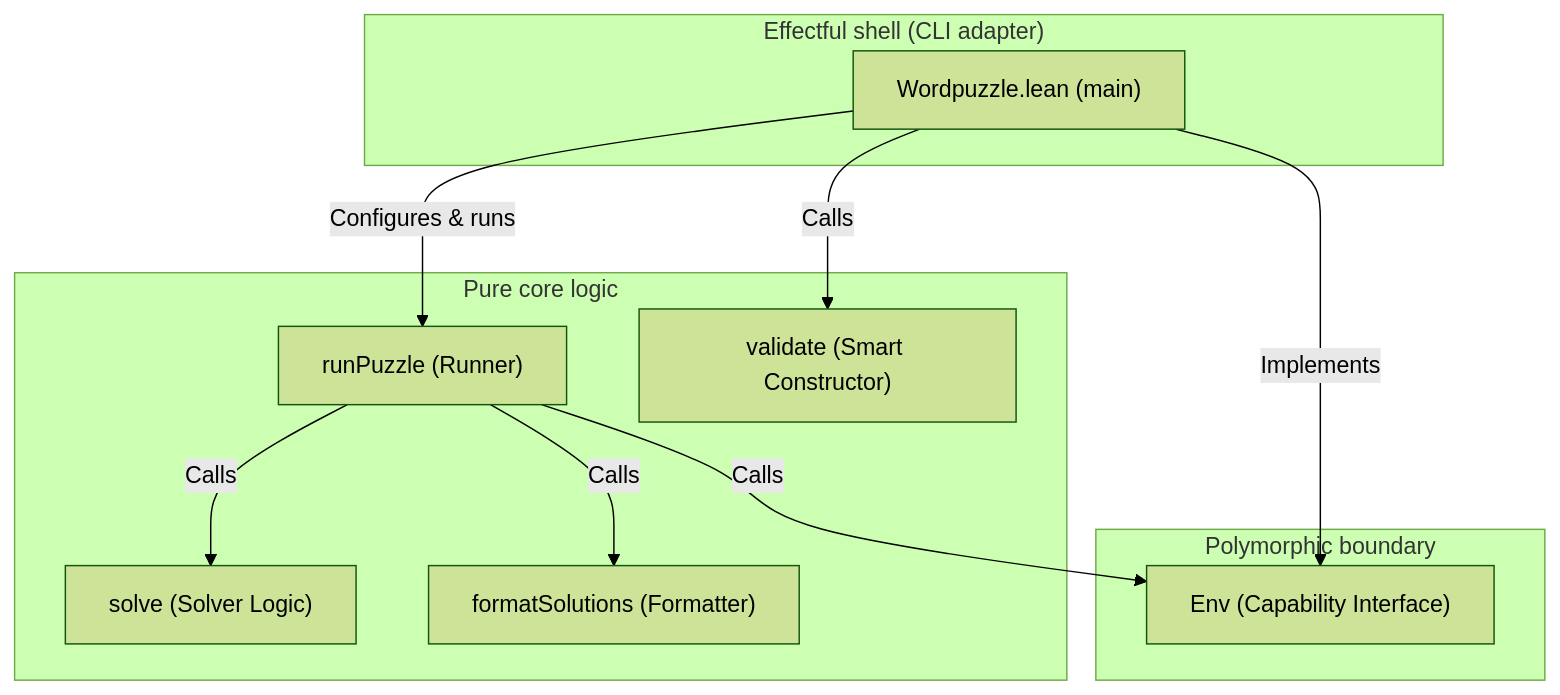
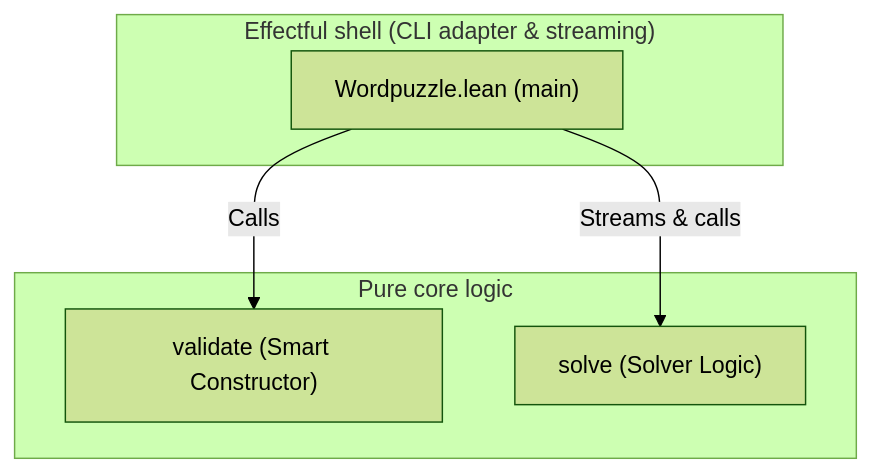
Before and after one commit to frankhjung/lean4-wordpuzzle: the diagram in README.md, drawn with Mermaid (forest theme). The commit also changed other lines of this file and 7 other files, not shown here.

Commit message:
refactor: decouple logic from IO by streaming dictionary words and removing the Env abstraction.

````diff
--- a/README.md
+++ b/README.md
@@ -21,24 +21,14 @@
 ```mermaid
 graph TD
-  subgraph Shell ["Effectful shell (CLI adapter)"]
+  subgraph Shell ["Effectful shell (CLI adapter & streaming)"]
     WP["Wordpuzzle.lean (main)"]
   end
 
-  subgraph Boundary ["Polymorphic boundary"]
-    Env["Env (Capability Interface)"]
+  subgraph Core ["Pure core logic"]
+    Smart["validate (Smart Constructor)"]
+    Solver["solve (Solver Logic)"]
   end
 
-  subgraph Core ["Pure core logic"]
-    Runner["runPuzzle (Runner)"]
-    Smart["validate (Smart Constructor)"]
-    Solver["solve (Solver Logic)"]
-    Format["formatSolutions (Formatter)"]
-  end
-
-  WP -->|Configures & runs| Runner
-  WP -->|Implements| Env
-  Runner -->|Calls| Env
-  Runner -->|Calls| Solver
-  Runner -->|Calls| Format
   WP -->|Calls| Smart
+  WP -->|Streams & calls| Solver
 ```
````
